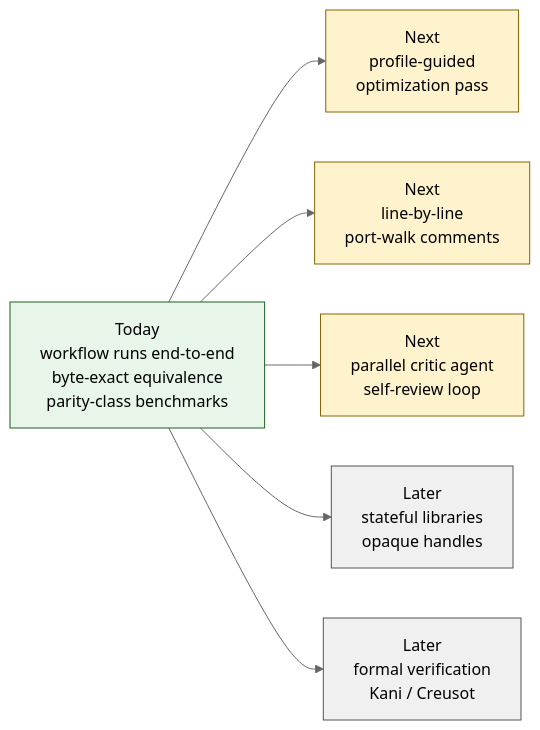
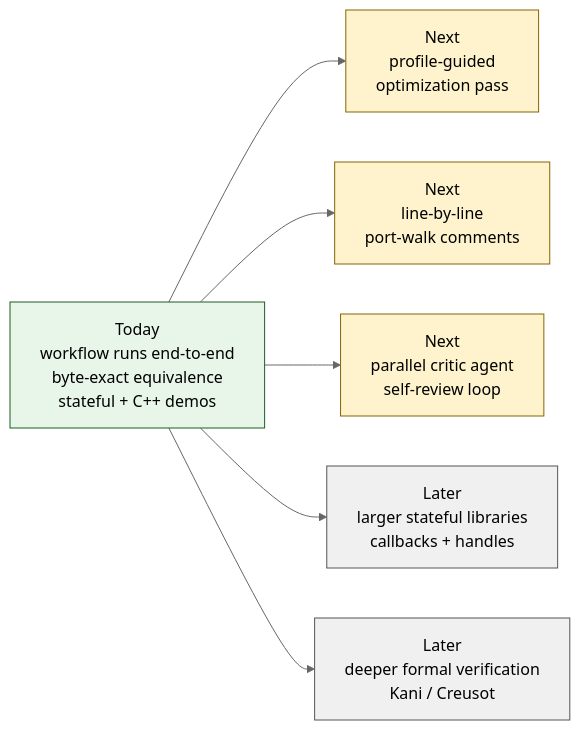
Before and after one commit to oandronachi/agentic-c2rust: the diagram in ROADMAP.md, drawn with Mermaid (neutral theme). The commit also changed other lines of this file and 6 other files, not shown here.

````diff
--- a/ROADMAP.md
+++ b/ROADMAP.md
@@ -7,15 +7,15 @@
 ```mermaid
 flowchart LR
-    A[Today<br/>workflow runs end-to-end<br/>byte-exact equivalence<br/>parity-class benchmarks] --> B[Next<br/>profile-guided<br/>optimization pass]
+    A[Today<br/>workflow runs end-to-end<br/>byte-exact equivalence<br/>stateful + C++ demos] --> B[Next<br/>profile-guided<br/>optimization pass]
     A --> C[Next<br/>line-by-line<br/>port-walk comments]
     A --> D[Next<br/>parallel critic agent<br/>self-review loop]
-    A --> E[Later<br/>stateful libraries<br/>opaque handles]
-    A --> F[Later<br/>formal verification<br/>Kani / Creusot]
+    A --> E[Later<br/>larger stateful libraries<br/>callbacks + handles]
+    A --> F[Later<br/>deeper formal verification<br/>Kani / Creusot]
 
     classDef now fill:#e8f5e9,stroke:#1b5e20,color:#000
     classDef soon fill:#fff3cd,stroke:#856404,color:#000
     classDef later fill:#f0f0f0,stroke:#555,color:#000
     class A now
     class B,C,D soon
     class E,F later
 ```
````
